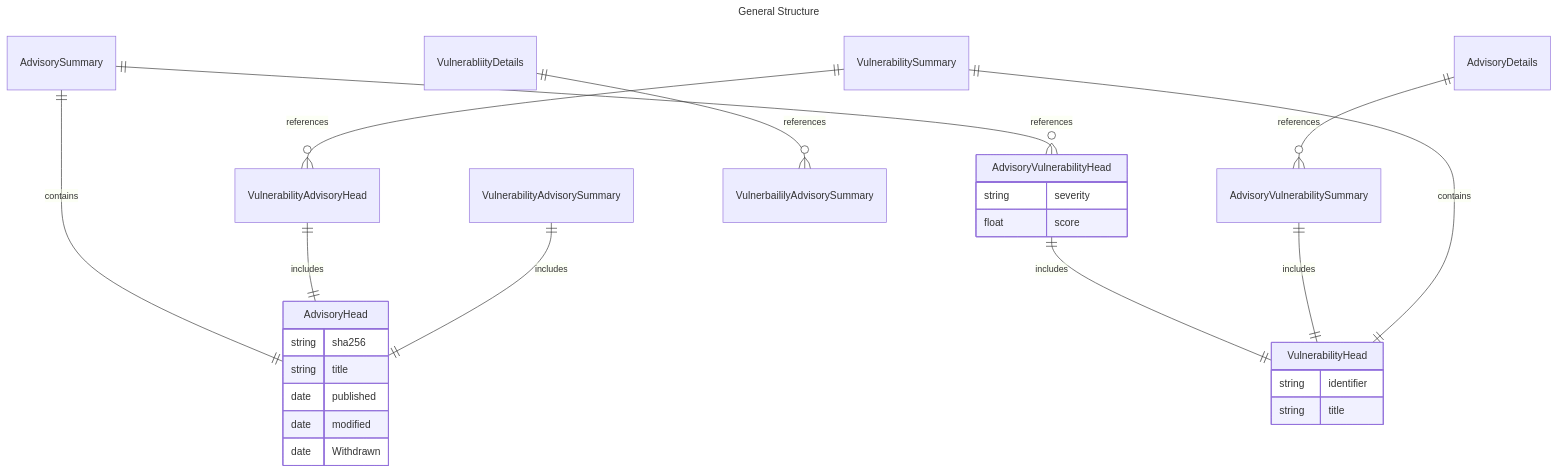
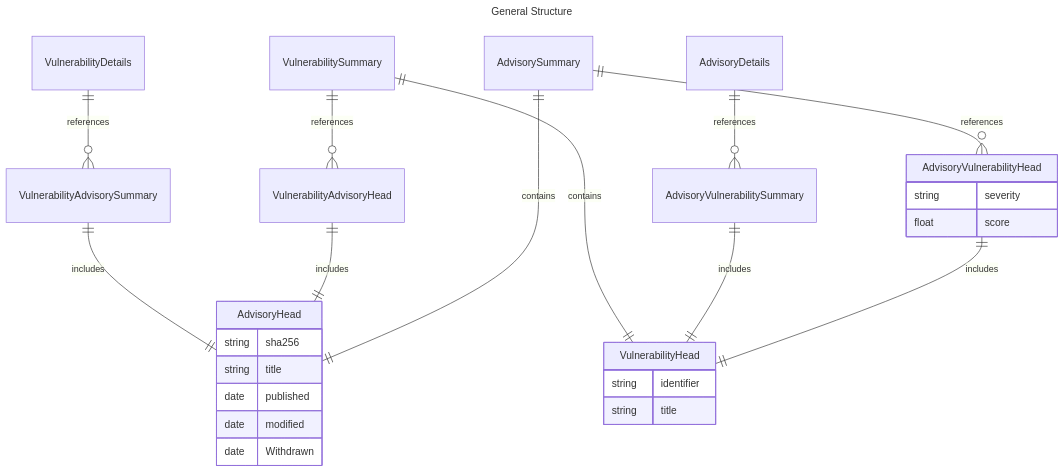
The diagram in docs/design/fetch-service.md (trustification/trustify), drawn with Mermaid before and after one commit. The commit also changed other lines of this file and 6 other files, not shown here.

````diff
--- a/docs/design/fetch-service.md
+++ b/docs/design/fetch-service.md
@@ -77,35 +77,32 @@
 ```mermaid
 ---
 title: General Structure
 ---
 erDiagram
     AdvisoryHead {
         string sha256
         string title
         date published
         date modified
         date Withdrawn
     }
     AdvisoryVulnerabilityHead {
         string severity
         float score
     }
     VulnerabilityHead {
         string identifier
         string title
     }
     AdvisorySummary ||--|| AdvisoryHead : contains
     AdvisorySummary ||--o{ AdvisoryVulnerabilityHead : references
     AdvisoryVulnerabilityHead ||--|| VulnerabilityHead : includes
     AdvisoryDetails ||--o{ AdvisoryVulnerabilitySummary : references
     AdvisoryVulnerabilitySummary ||--|| VulnerabilityHead : includes
-    
+
     VulnerabilitySummary ||--|| VulnerabilityHead : contains
     VulnerabilitySummary ||--o{ VulnerabilityAdvisoryHead : references
     VulnerabilityAdvisoryHead ||--|| AdvisoryHead : includes
-    VulnerabliityDetails ||--o{ VulnerbaililyAdvisorySummary: references
+    VulnerabilityDetails ||--o{ VulnerabilityAdvisorySummary: references
     VulnerabilityAdvisorySummary ||--|| AdvisoryHead: includes
-        
-        
-
 ```
````
